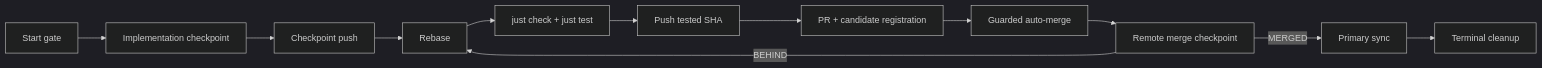
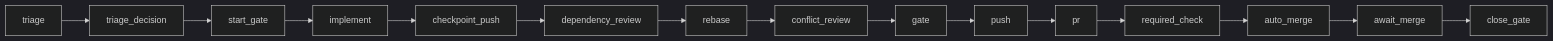
One commit to pablontiv/rootline changed the diagram in docs/dagu.md. Above: the diagram before and after it, drawn with Mermaid (dark theme). The commit also changed other lines of this file and 7 other files, not shown here.

````diff
--- a/docs/dagu.md
+++ b/docs/dagu.md
@@ -67,14 +99,17 @@
 ```mermaid
 flowchart LR
-    A[Start gate] --> B[Implementation checkpoint]
-    B --> C[Checkpoint push]
-    C --> D[Rebase]
-    D --> E[just check + just test]
-    E --> F[Push tested SHA]
-    F --> G[PR + candidate registration]
-    G --> H[Guarded auto-merge]
-    H --> I[Remote merge checkpoint]
-    I -->|MERGED| J[Primary sync]
-    I -->|BEHIND| D
-    J --> K[Terminal cleanup]
+    T[triage] --> TD[triage_decision]
+    TD --> A[start_gate]
+    A --> B[implement]
+    B --> C[checkpoint_push]
+    C --> N[dependency_review]
+    N --> D[rebase]
+    D --> R[conflict_review]
+    R --> E[gate]
+    E --> F[push]
+    F --> G[pr]
+    G --> H[required_check]
+    H --> I[auto_merge]
+    I --> J[await_merge]
+    J --> K[close_gate]
 ```
````
